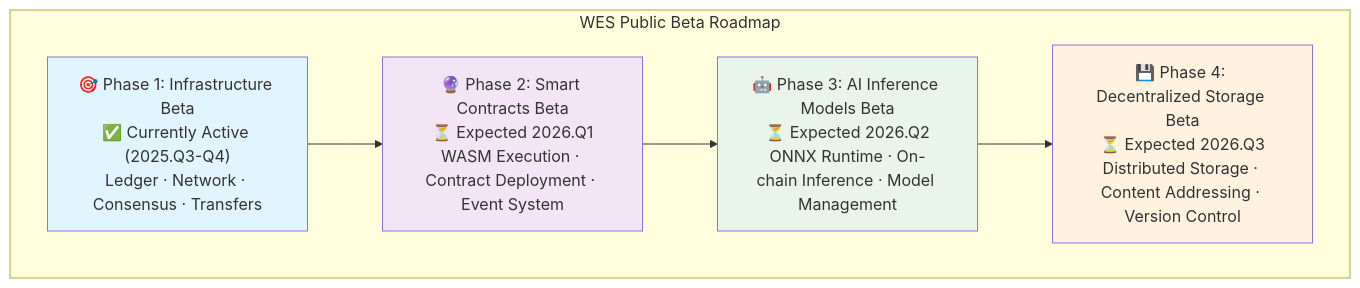
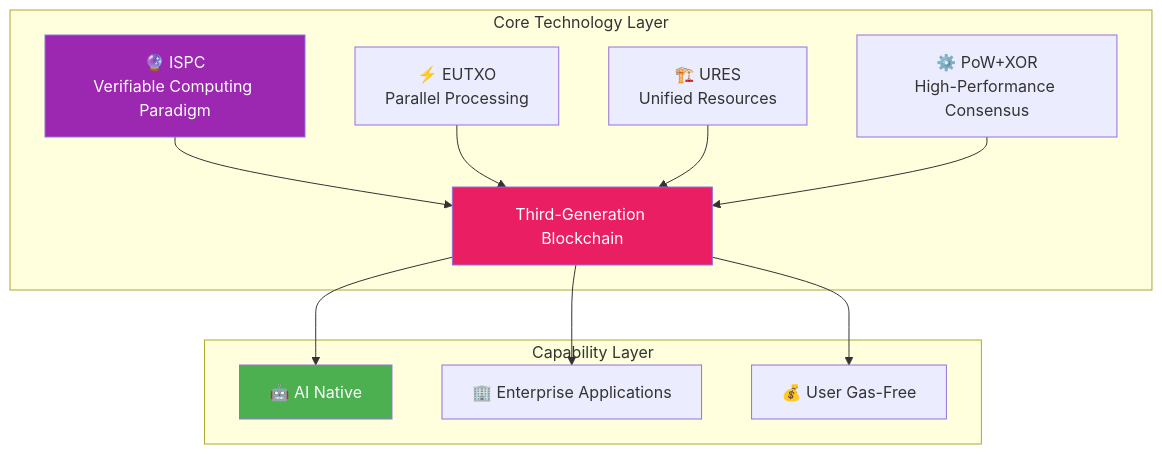
Before and after one commit to weisyn/go-weisyn: the second of 2 diagrams in README_EN.md, drawn with Mermaid. The commit also changed other lines of this file and 1 other file, not shown here.

````diff
--- a/README_EN.md
+++ b/README_EN.md
@@ -119,18 +289,19 @@
 ```mermaid
 graph TB
-    subgraph "WES Public Beta Roadmap"
-        A["🎯 Phase 1: Infrastructure Beta<br/>✅ Currently Active (2025.Q3-Q4)<br/>Ledger · Network · Consensus · Transfers"] 
-        B["🔮 Phase 2: Smart Contracts Beta<br/>⏳ Expected 2026.Q1<br/>WASM Execution · Contract Deployment · Event System"]
-        C["🤖 Phase 3: AI Inference Models Beta<br/>⏳ Expected 2026.Q2<br/>ONNX Runtime · On-chain Inference · Model Management"]
-        D["💾 Phase 4: Decentralized Storage Beta<br/>⏳ Expected 2026.Q3<br/>Distributed Storage · Content Addressing · Version Control"]
-        
-        A --> B
-        B --> C  
-        C --> D
-        
-        style A fill:#e1f5fe
-        style B fill:#f3e5f5
-        style C fill:#e8f5e8
-        style D fill:#fff3e0
+    subgraph "Core Technology Layer"
+        A["🔮 ISPC<br/>Verifiable Computing Paradigm"] --> V[Third-Generation Blockchain]
+        B["⚡ EUTXO<br/>Parallel Processing"] --> V
+        C["🏗️ URES<br/>Unified Resources"] --> V
+        D["⚙️ PoW+XOR<br/>High-Performance Consensus"] --> V
     end
+    
+    subgraph "Capability Layer"
+        V --> E["🤖 AI Native"]
+        V --> F["🏢 Enterprise Applications"]
+        V --> G["💰 User Gas-Free"]
+    end
+    
+    style A fill:#9C27B0,color:#fff
+    style V fill:#e91e63,color:#fff
+    style E fill:#4caf50,color:#fff
 ```
````
